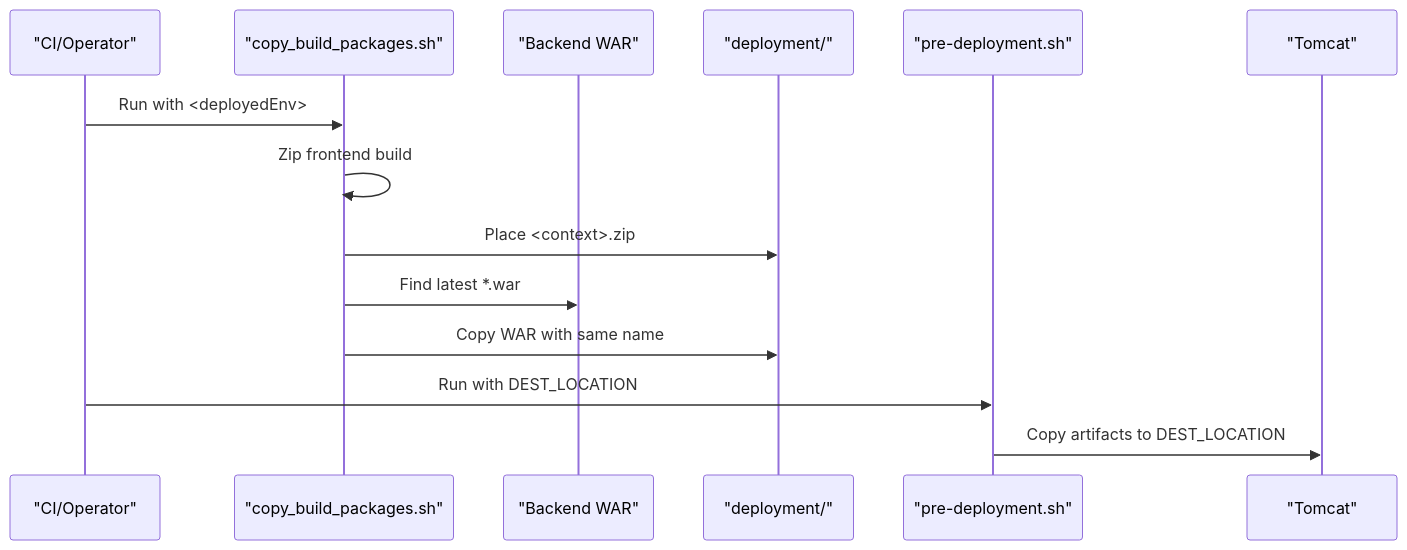
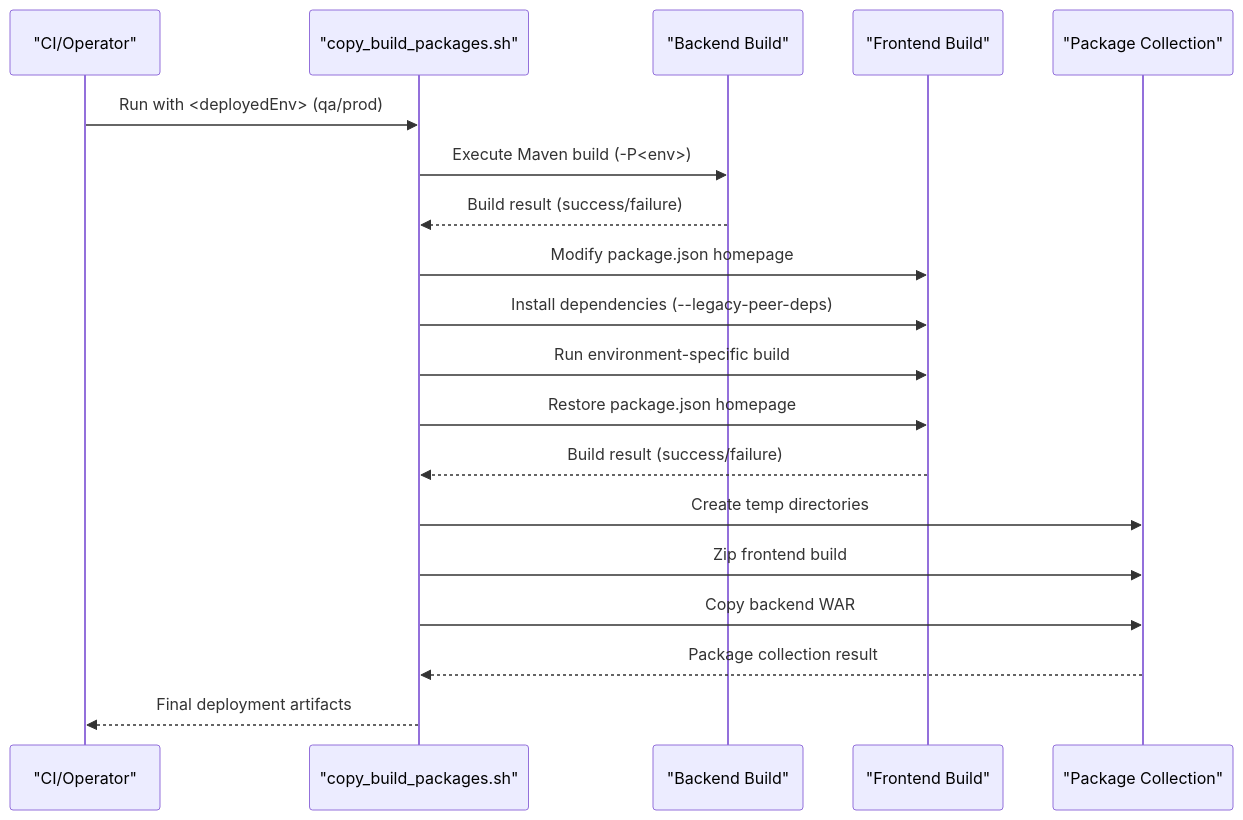
The sixth of 10 diagrams in .qoder/repowiki/en/content/Deployment & Operations.md (Vissel/badminton-court-management), drawn with Mermaid before and after one commit. The commit also changed other lines of this file and 36 other files, not shown here.

````diff
--- a/.qoder/repowiki/en/content/Deployment & Operations.md
+++ b/.qoder/repowiki/en/content/Deployment & Operations.md
@@ -229,16 +281,21 @@
 ```mermaid
 sequenceDiagram
 participant CI as "CI/Operator"
-participant FE as "copy_build_packages.sh"
-participant WAR as "Backend WAR"
-participant OUT as "deployment/"
-participant PRE as "pre-deployment.sh"
-participant TOMCAT as "Tomcat"
-CI->>FE : Run with <deployedEnv>
-FE->>FE : Zip frontend build
-FE->>OUT : Place <context>.zip
-FE->>WAR : Find latest *.war
-FE->>OUT : Copy WAR with same name
-CI->>PRE : Run with DEST_LOCATION
-PRE->>TOMCAT : Copy artifacts to DEST_LOCATION
+participant SCRIPT as "copy_build_packages.sh"
+participant BACKEND as "Backend Build"
+participant FRONTEND as "Frontend Build"
+participant PACKAGES as "Package Collection"
+CI->>SCRIPT : Run with <deployedEnv> (qa/prod)
+SCRIPT->>BACKEND : Execute Maven build (-P<env>)
+BACKEND-->>SCRIPT : Build result (success/failure)
+SCRIPT->>FRONTEND : Modify package.json homepage
+SCRIPT->>FRONTEND : Install dependencies (--legacy-peer-deps)
+SCRIPT->>FRONTEND : Run environment-specific build
+SCRIPT->>FRONTEND : Restore package.json homepage
+FRONTEND-->>SCRIPT : Build result (success/failure)
+SCRIPT->>PACKAGES : Create temp directories
+SCRIPT->>PACKAGES : Zip frontend build
+SCRIPT->>PACKAGES : Copy backend WAR
+PACKAGES-->>SCRIPT : Package collection result
+SCRIPT-->>CI : Final deployment artifacts
 ```
````
